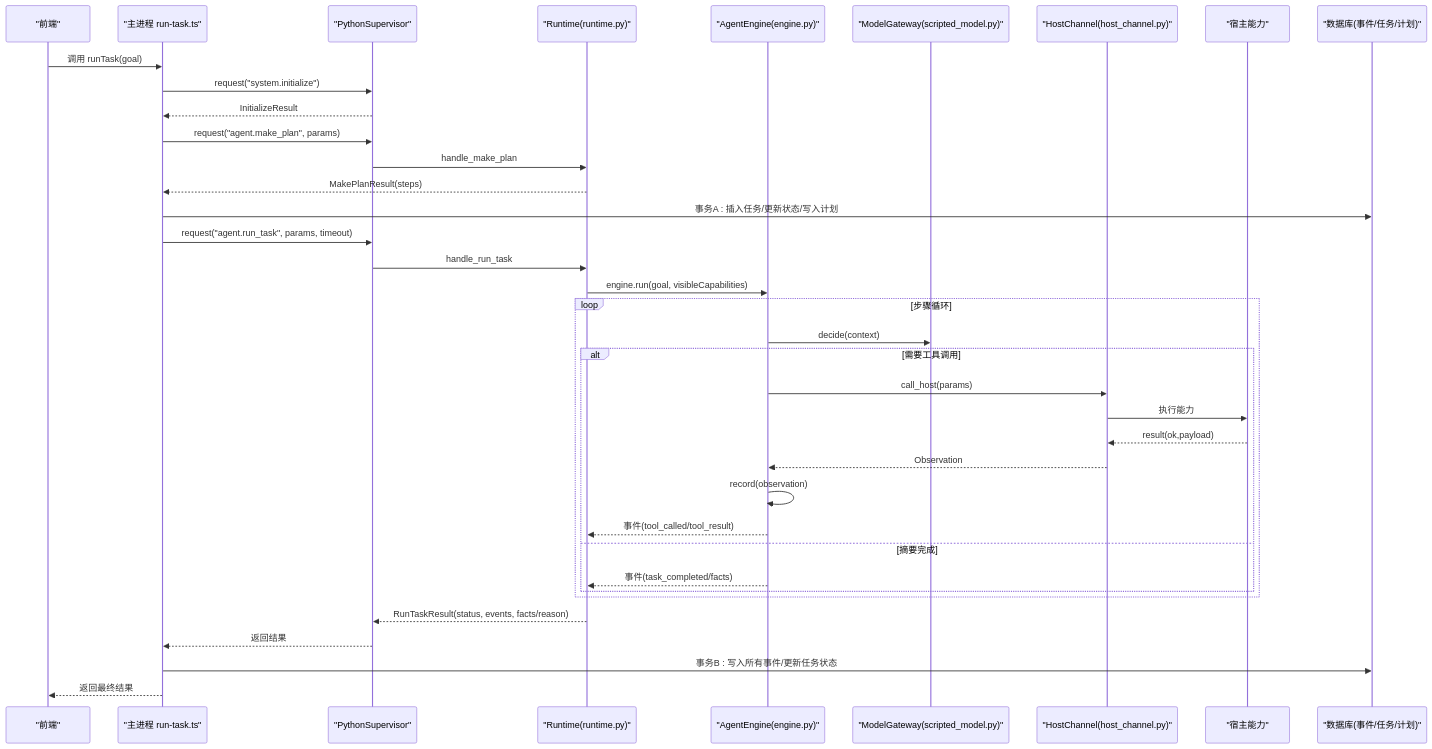
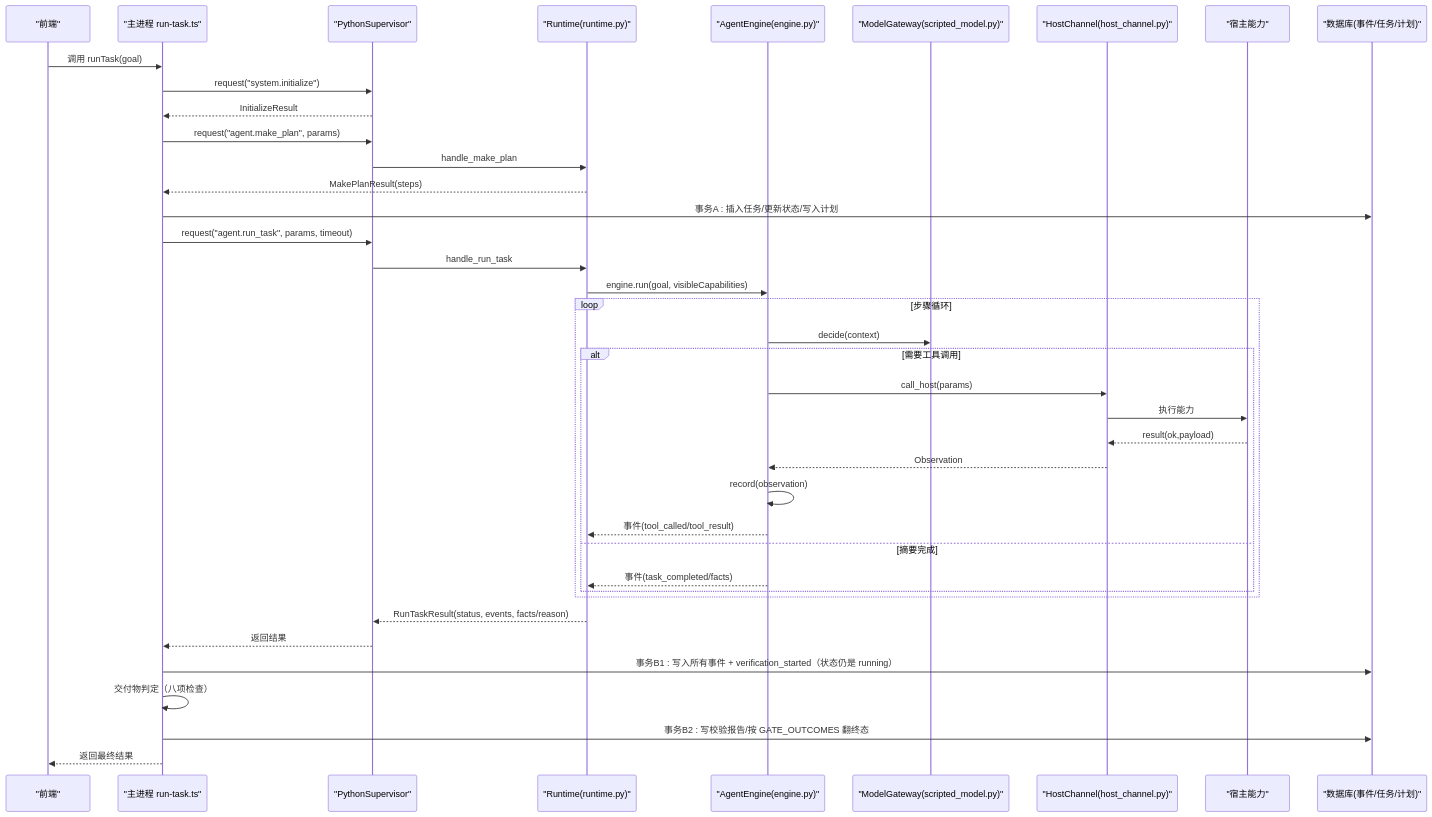
The second of 8 diagrams in .repowiki/zh/content/AI 运行时/任务执行引擎.md (Azusa010/personal-agent), drawn with Mermaid before and after one commit. The commit also changed other lines of this file and 23 other files, not shown here.

````diff
--- a/.repowiki/zh/content/AI 运行时/任务执行引擎.md
+++ b/.repowiki/zh/content/AI 运行时/任务执行引擎.md
@@ -93,39 +93,41 @@
 ```mermaid
 sequenceDiagram
 participant UI as "前端"
 participant Main as "主进程 run-task.ts"
 participant Sup as "PythonSupervisor"
 participant RT as "Runtime(runtime.py)"
 participant Eng as "AgentEngine(engine.py)"
 participant Mod as "ModelGateway(scripted_model.py)"
 participant HC as "HostChannel(host_channel.py)"
 participant Host as "宿主能力"
 participant DB as "数据库(事件/任务/计划)"
 UI->>Main : 调用 runTask(goal)
 Main->>Sup : request("system.initialize")
 Sup-->>Main : InitializeResult
 Main->>Sup : request("agent.make_plan", params)
 Sup->>RT : handle_make_plan
 RT-->>Main : MakePlanResult(steps)
 Main->>DB : 事务A : 插入任务/更新状态/写入计划
 Main->>Sup : request("agent.run_task", params, timeout)
 Sup->>RT : handle_run_task
 RT->>Eng : engine.run(goal, visibleCapabilities)
 loop 步骤循环
 Eng->>Mod : decide(context)
 alt 需要工具调用
 Eng->>HC : call_host(params)
 HC->>Host : 执行能力
 Host-->>HC : result(ok,payload)
 HC-->>Eng : Observation
 Eng->>Eng : record(observation)
 Eng-->>RT : 事件(tool_called/tool_result)
 else 摘要完成
 Eng-->>RT : 事件(task_completed/facts)
 end
 end
 RT-->>Sup : RunTaskResult(status, events, facts/reason)
 Sup-->>Main : 返回结果
-Main->>DB : 事务B : 写入所有事件/更新任务状态
+Main->>DB : 事务B1 : 写入所有事件 + verification_started（状态仍是 running）
+Main->>Main : 交付物判定（八项检查）
+Main->>DB : 事务B2 : 写校验报告/按 GATE_OUTCOMES 翻终态
 Main-->>UI : 返回最终结果
 ```
````
